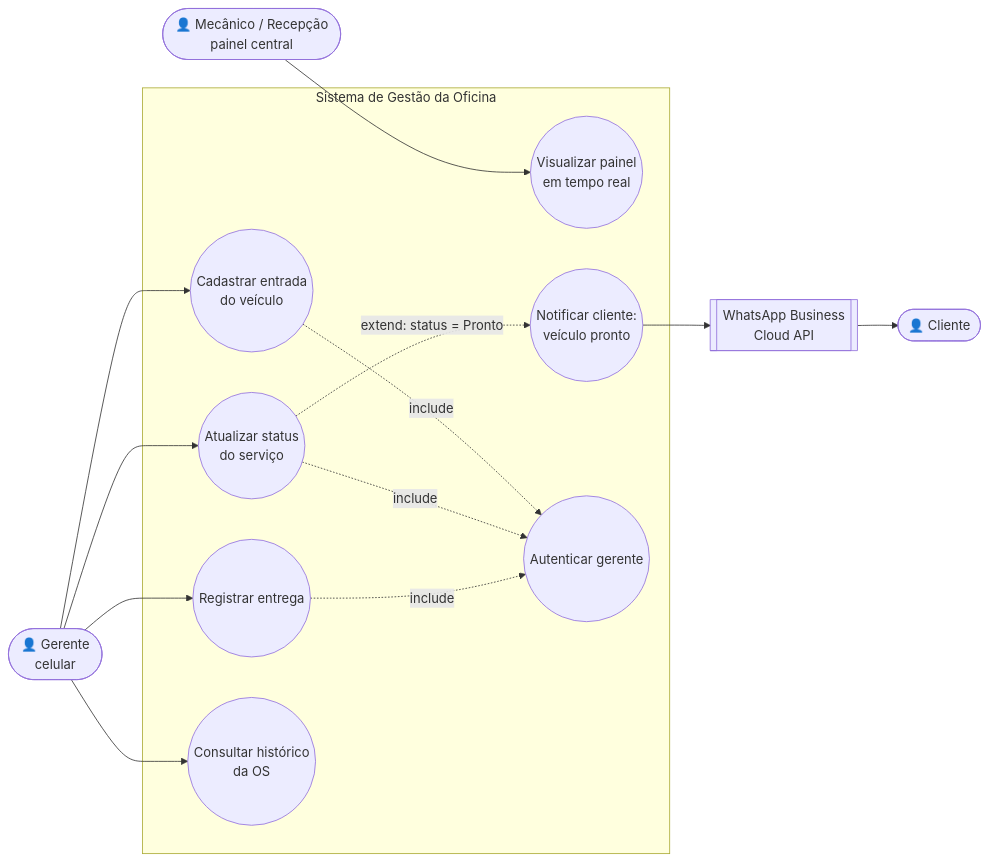
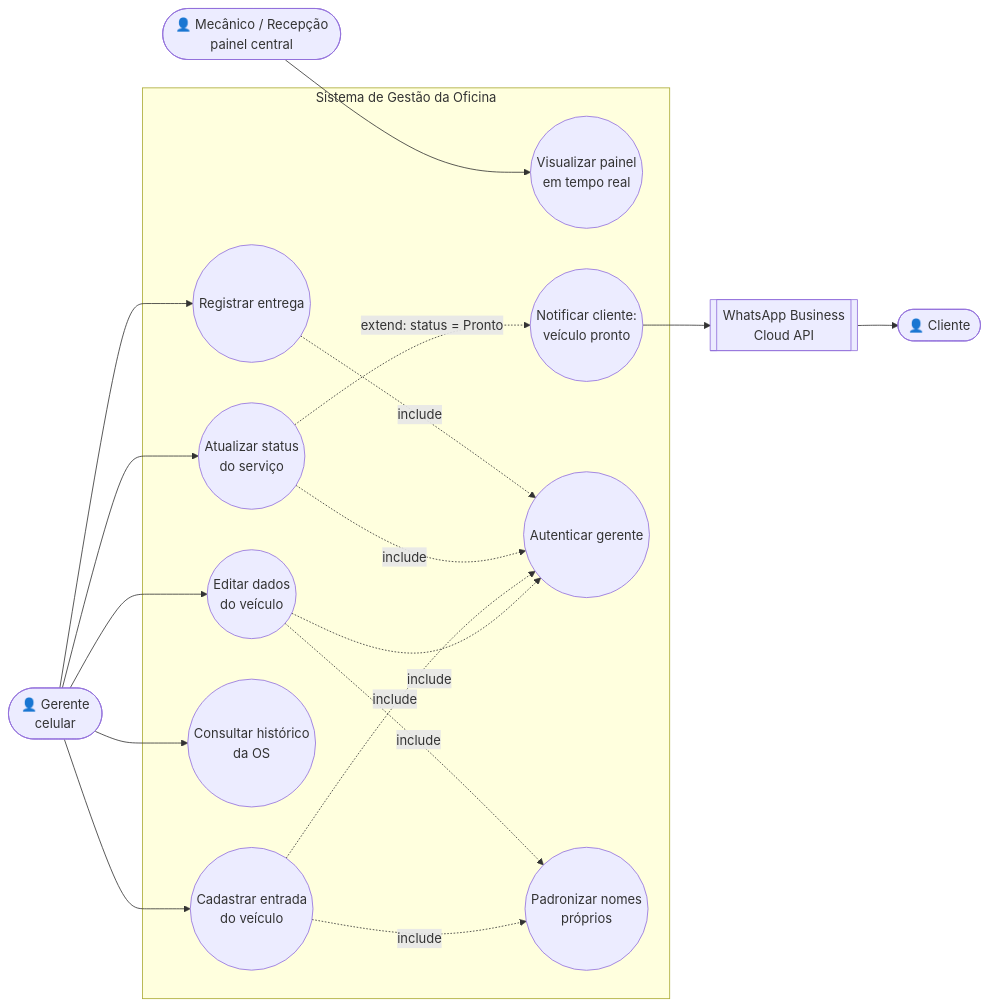
One commit to CarlosAlvesSantosJr/Gest-oDeVeiculos changed the first of 5 diagrams in docs/UML.md. Above: the diagram before and after it, drawn with Mermaid. The commit also changed other lines of this file and 26 other files, not shown here.

First line of the commit message:
Identidade visual Auto Marcas, nomes padronizados e edição de veículo

````diff
--- a/docs/UML.md
+++ b/docs/UML.md
@@ -7,28 +7,34 @@
 ```mermaid
 flowchart LR
     G([👤 Gerente<br/>celular])
     M([👤 Mecânico / Recepção<br/>painel central])
     C([👤 Cliente])
     W[[WhatsApp Business<br/>Cloud API]]
 
     subgraph Sistema de Gestão da Oficina
         UC1((Cadastrar entrada<br/>do veículo))
         UC2((Atualizar status<br/>do serviço))
         UC3((Registrar entrega))
         UC4((Visualizar painel<br/>em tempo real))
         UC5((Consultar histórico<br/>da OS))
         UC6((Notificar cliente:<br/>veículo pronto))
         UC7((Autenticar gerente))
+        UC8((Editar dados<br/>do veículo))
+        UC9((Padronizar nomes<br/>próprios))
     end
 
     G --> UC1
     G --> UC2
     G --> UC3
     G --> UC5
+    G --> UC8
     M --> UC4
+    UC8 -. include .-> UC7
+    UC1 -. include .-> UC9
+    UC8 -. include .-> UC9
     UC1 -. include .-> UC7
     UC2 -. include .-> UC7
     UC3 -. include .-> UC7
     UC2 -. extend: status = Pronto .-> UC6
     UC6 --> W --> C
 ```
````
